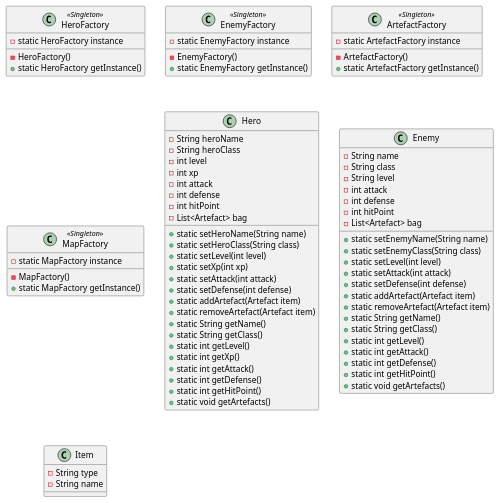
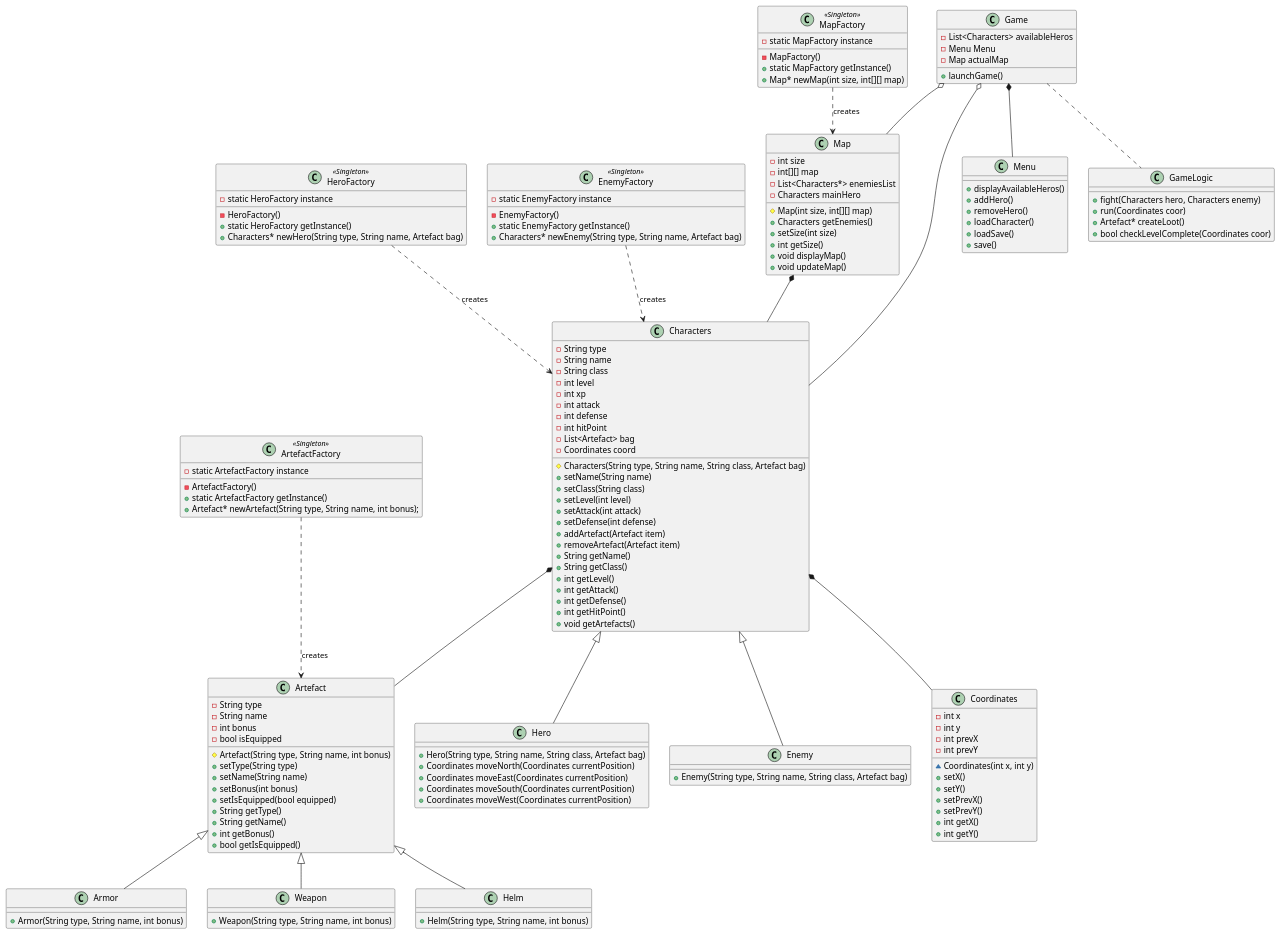
One commit to cypri1-dev/swingy changed the diagram in swingy/diagrammUML.puml. Above: the diagram before and after it, drawn with PlantUML. The commit also changed 2 other files, not shown here.

```diff
--- a/swingy/diagrammUML.puml
+++ b/swingy/diagrammUML.puml
@@ -1,85 +1,166 @@
 @startuml
+
+Characters <|-- Hero
+Characters <|-- Enemy
+Artefact <|-- Armor
+Artefact <|-- Weapon
+Artefact <|-- Helm
+Characters *-- Artefact
+Characters *-- Coordinates
+HeroFactory ..> Characters : creates
+EnemyFactory ..> Characters : creates
+ArtefactFactory ..> Artefact : creates
+MapFactory ..> Map : creates
+Map *-- Characters
+Game o-- Characters
+Game o-- Map
+Game *-- Menu
+Game .. GameLogic
+
 class HeroFactory <<Singleton>> {
   -static HeroFactory instance
   -HeroFactory()
   +static HeroFactory getInstance()
-  'method to create new Hero
+  +Characters* newHero(String type, String name, Artefact bag)
 }
 
 class EnemyFactory <<Singleton>> {
   -static EnemyFactory instance
   -EnemyFactory()
   +static EnemyFactory getInstance()
-  'method to create new Enemy
+  +Characters* newEnemy(String type, String name, Artefact bag)
 }
 
 class ArtefactFactory <<Singleton>> {
   -static ArtefactFactory instance
   -ArtefactFactory()
   +static ArtefactFactory getInstance()
-  'method to create new Item
+  +Artefact* newArtefact(String type, String name, int bonus);
 }
 
 class MapFactory <<Singleton>> {
   -static MapFactory instance
   -MapFactory()
   +static MapFactory getInstance()
-  'method to create new Map
+  +Map* newMap(int size, int[][] map)
+}
+
+class Artefact {
+  -String type
+  -String name
+  -int bonus
+  -bool isEquipped
+  #Artefact(String type, String name, int bonus)
+  +setType(String type)
+  +setName(String name)
+  +setBonus(int bonus)
+  +setIsEquipped(bool equipped)
+  +String getType()
+  +String getName()
+  +int getBonus()
+  +bool getIsEquipped()
+}
+
+class Weapon {
+  +Weapon(String type, String name, int bonus)
+}
+
+class Armor {
+  +Armor(String type, String name, int bonus)
+}
+
+class Helm {
+  +Helm(String type, String name, int bonus)
+}
+
+class Coordinates {
+  -int x
+  -int y
+  -int prevX
+  -int prevY
+  ~Coordinates(int x, int y)
+  +setX()
+  +setY()
+  +setPrevX()
+  +setPrevY()
+  +int getX()
+  +int getY()
+}
+
+class Characters {
+  -String type
+  -String name
+  -String class
+  -int level
+  -int xp
+  -int attack
+  -int defense
+  -int hitPoint
+  -List<Artefact> bag
+  -Coordinates coord
+  #Characters(String type, String name, String class, Artefact bag)
+  +setName(String name)
+  +setClass(String class)
+  +setLevel(int level)
+  +setAttack(int attack)
+  +setDefense(int defense)
+  +addArtefact(Artefact item)
+  +removeArtefact(Artefact item)
+  +String getName()
+  +String getClass()
+  +int getLevel()
+  +int getAttack()
+  +int getDefense()
+  +int getHitPoint()
+  +void getArtefacts()
 }
 
 class Hero {
- -String heroName
- -String heroClass
- -int level
- -int xp
- -int attack
- -int defense
- -int hitPoint
- -List<Artefact> bag
- +static setHeroName(String name)
- +static setHeroClass(String class)
- +static setLevel(int level)
- +static setXp(int xp)
- +static setAttack(int attack)
- +static setDefense(int defense)
- +static addArtefact(Artefact item)
- +static removeArtefact(Artefact item)
- +static String getName()
- +static String getClass()
- +static int getLevel()
- +static int getXp()
- +static int getAttack()
- +static int getDefense()
- +static int getHitPoint()
- +static void getArtefacts()
+  +Hero(String type, String name, String class, Artefact bag)
+  +Coordinates moveNorth(Coordinates currentPosition)
+  +Coordinates moveEast(Coordinates currentPosition)
+  +Coordinates moveSouth(Coordinates currentPosition)
+  +Coordinates moveWest(Coordinates currentPosition)
 }
 
 class Enemy {
- -String name
- -String class
- -String level
- -int attack
- -int defense
- -int hitPoint
- -List<Artefact> bag
- +static setEnemyName(String name)
- +static setEnemyClass(String class)
- +static setLevel(int level)
- +static setAttack(int attack)
- +static setDefense(int defense)
- +static addArtefact(Artefact item)
- +static removeArtefact(Artefact item)
- +static String getName()
- +static String getClass()
- +static int getLevel()
- +static int getAttack()
- +static int getDefense()
- +static int getHitPoint()
- +static void getArtefacts()
+  +Enemy(String type, String name, String class, Artefact bag)
 }
 
-class Item {
- -String type
- -String name
+class Map {
+  -int size
+  -int[][] map
+  -List<Characters*> enemiesList
+  -Characters mainHero
+  #Map(int size, int[][] map)
+  +Characters getEnemies()
+  +setSize(int size)
+  +int getSize()
+  +void displayMap()
+  +void updateMap()
 }
+
+class Game {
+  -List<Characters> availableHeros
+  -Menu Menu
+  -Map actualMap
+  +launchGame()
+}
+
+class Menu {
+  +displayAvailableHeros()
+  +addHero()
+  +removeHero()
+  +loadCharacter()
+  +loadSave()
+  +save()
+}
+
+class GameLogic {
+  +fight(Characters hero, Characters enemy)
+  +run(Coordinates coor)
+  +Artefact* createLoot()
+  +bool checkLevelComplete(Coordinates coor)
+}
+
 @enduml
```
